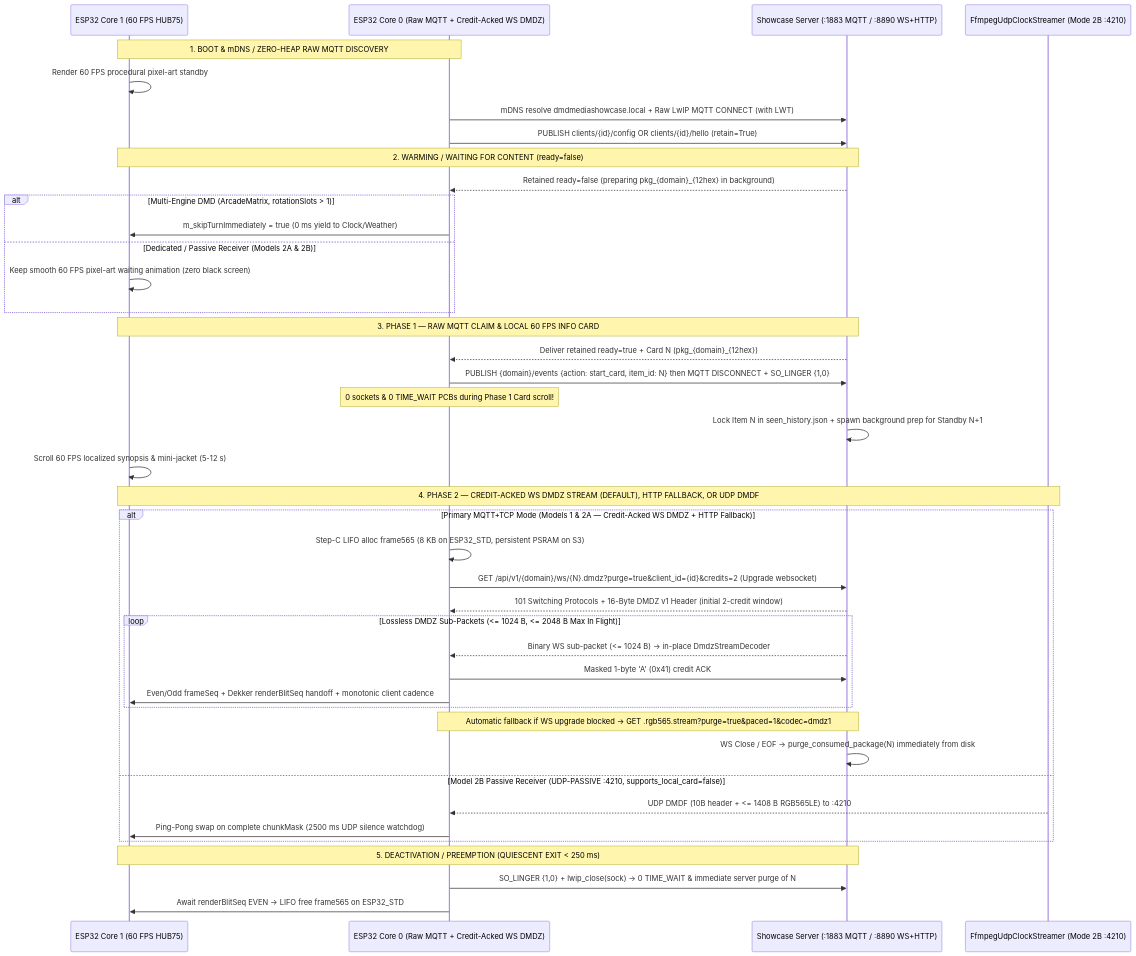
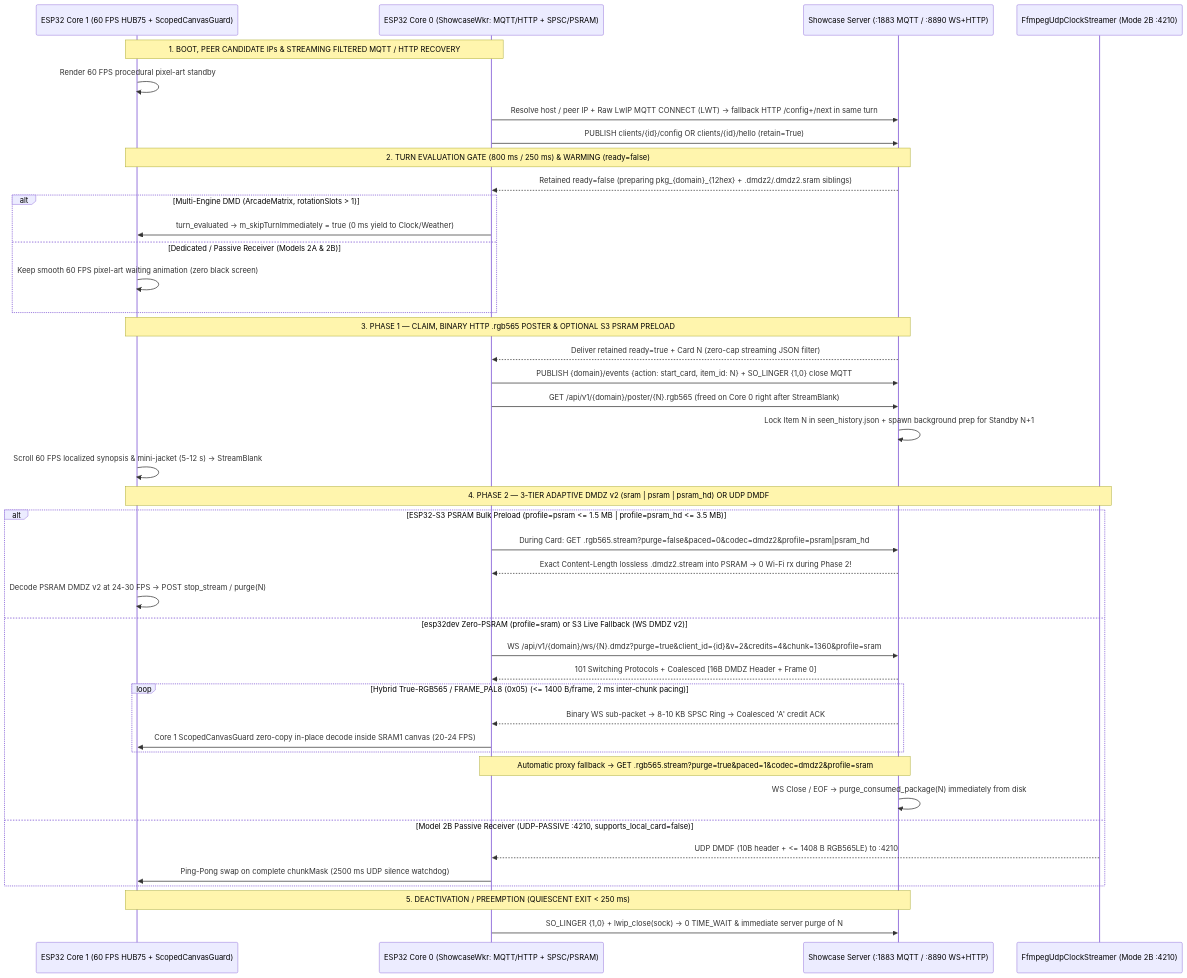
The first of 2 diagrams in docs/ESP32_INTEGRATION.md (red77290/dmd_media_showcase), drawn with Mermaid before and after one commit. The commit also changed other lines of this file and 28 other files, not shown here.

Commit message:
feat(stream): add 3-tier sram/psram/psram_hd profiles, FRAME_PAL8 (0x05) hybrid codec, and WS header coalescing

````diff
--- a/docs/ESP32_INTEGRATION.md
+++ b/docs/ESP32_INTEGRATION.md
@@ -151,48 +155,49 @@
 ```mermaid
 sequenceDiagram
-    participant C1 as ESP32 Core 1 (60 FPS HUB75)
-    participant C0 as ESP32 Core 0 (Raw MQTT + Credit-Acked WS DMDZ)
+    participant C1 as ESP32 Core 1 (60 FPS HUB75 + ScopedCanvasGuard)
+    participant C0 as ESP32 Core 0 (ShowcaseWkr: MQTT/HTTP + SPSC/PSRAM)
     participant SRV as Showcase Server (:1883 MQTT / :8890 WS+HTTP)
     participant UDP as FfmpegUdpClockStreamer (Mode 2B :4210)
 
-    Note over C1,C0: 1. BOOT & mDNS / ZERO-HEAP RAW MQTT DISCOVERY
+    Note over C1,C0: 1. BOOT, PEER CANDIDATE IPs & STREAMING FILTERED MQTT / HTTP RECOVERY
     C1->>C1: Render 60 FPS procedural pixel-art standby
-    C0->>SRV: mDNS resolve dmdmediashowcase.local + Raw LwIP MQTT CONNECT (with LWT)
+    C0->>SRV: Resolve host / peer IP + Raw LwIP MQTT CONNECT (LWT) -> fallback HTTP /config+/next in same turn
     C0->>SRV: PUBLISH clients/{id}/config OR clients/{id}/hello (retain=True)
 
-    Note over C1,SRV: 2. WARMING / WAITING FOR CONTENT (ready=false)
-    SRV-->>C0: Retained ready=false (preparing pkg_{domain}_{12hex} in background)
+    Note over C1,SRV: 2. TURN EVALUATION GATE (800 ms / 250 ms) & WARMING (ready=false)
+    SRV-->>C0: Retained ready=false (preparing pkg_{domain}_{12hex} + .dmdz2/.dmdz2.sram siblings)
     alt Multi-Engine DMD (ArcadeMatrix, rotationSlots > 1)
-        C0->>C1: m_skipTurnImmediately = true (0 ms yield to Clock/Weather)
+        C0->>C1: turn_evaluated -> m_skipTurnImmediately = true (0 ms yield to Clock/Weather)
     else Dedicated / Passive Receiver (Models 2A & 2B)
         C1->>C1: Keep smooth 60 FPS pixel-art waiting animation (zero black screen)
     end
 
-    Note over C1,SRV: 3. PHASE 1 — RAW MQTT CLAIM & LOCAL 60 FPS INFO CARD
-    SRV-->>C0: Deliver retained ready=true + Card N (pkg_{domain}_{12hex})
-    C0->>SRV: PUBLISH {domain}/events {action: start_card, item_id: N} then MQTT DISCONNECT + SO_LINGER {1,0}
-    Note over C0: 0 sockets & 0 TIME_WAIT PCBs during Phase 1 Card scroll!
+    Note over C1,SRV: 3. PHASE 1 — CLAIM, BINARY HTTP .rgb565 POSTER & OPTIONAL S3 PSRAM PRELOAD
+    SRV-->>C0: Deliver retained ready=true + Card N (zero-cap streaming JSON filter)
+    C0->>SRV: PUBLISH {domain}/events {action: start_card, item_id: N} + SO_LINGER {1,0} close MQTT
+    C0->>SRV: GET /api/v1/{domain}/poster/{N}.rgb565 (freed on Core 0 right after StreamBlank)
     SRV->>SRV: Lock Item N in seen_history.json + spawn background prep for Standby N+1
-    C1->>C1: Scroll 60 FPS localized synopsis & mini-jacket (5-12 s)
+    C1->>C1: Scroll 60 FPS localized synopsis & mini-jacket (5-12 s) -> StreamBlank
 
-    Note over C1,UDP: 4. PHASE 2 — CREDIT-ACKED WS DMDZ STREAM (DEFAULT), HTTP FALLBACK, OR UDP DMDF
-    alt Primary MQTT+TCP Mode (Models 1 & 2A — Credit-Acked WS DMDZ + HTTP Fallback)
-        C0->>C0: Step-C LIFO alloc frame565 (8 KB on ESP32_STD, persistent PSRAM on S3)
-        C0->>SRV: GET /api/v1/{domain}/ws/{N}.dmdz?purge=true&client_id={id}&credits=2 (Upgrade websocket)
-        SRV-->>C0: 101 Switching Protocols + 16-Byte DMDZ v1 Header (initial 2-credit window)
-        loop Lossless DMDZ Sub-Packets (<= 1024 B, <= 2048 B Max In Flight)
-            SRV-->>C0: Binary WS sub-packet (<= 1024 B) -> in-place DmdzStreamDecoder
-            C0->>SRV: Masked 1-byte 'A' (0x41) credit ACK
-            C0->>C1: Even/Odd frameSeq + Dekker renderBlitSeq handoff + monotonic client cadence
+    Note over C1,UDP: 4. PHASE 2 — 3-TIER ADAPTIVE DMDZ v2 (sram | psram | psram_hd) OR UDP DMDF
+    alt ESP32-S3 PSRAM Bulk Preload (profile=psram <= 1.5 MB | profile=psram_hd <= 3.5 MB)
+        C0->>SRV: During Card: GET .rgb565.stream?purge=false&paced=0&codec=dmdz2&profile=psram|psram_hd
+        SRV-->>C0: Exact Content-Length lossless .dmdz2.stream into PSRAM -> 0 Wi-Fi rx during Phase 2!
+        C1->>C1: Decode PSRAM DMDZ v2 at 24-30 FPS -> POST stop_stream / purge(N)
+    else esp32dev Zero-PSRAM (profile=sram) or S3 Live Fallback (WS DMDZ v2)
+        C0->>SRV: WS /api/v1/{domain}/ws/{N}.dmdz?purge=true&client_id={id}&v=2&credits=4&chunk=1360&profile=sram
+        SRV-->>C0: 101 Switching Protocols + Coalesced [16B DMDZ Header + Frame 0]
+        loop Hybrid True-RGB565 / FRAME_PAL8 (0x05) (<= 1400 B/frame, 2 ms inter-chunk pacing)
+            SRV-->>C0: Binary WS sub-packet -> 8-10 KB SPSC Ring -> Coalesced 'A' credit ACK
+            C0->>C1: Core 1 ScopedCanvasGuard zero-copy in-place decode inside SRAM1 canvas (20-24 FPS)
         end
-        Note over C0,SRV: Automatic fallback if WS upgrade blocked -> GET .rgb565.stream?purge=true&paced=1&codec=dmdz1
+        Note over C0,SRV: Automatic proxy fallback -> GET .rgb565.stream?purge=true&paced=1&codec=dmdz2&profile=sram
         SRV->>SRV: WS Close / EOF -> purge_consumed_package(N) immediately from disk
     else Model 2B Passive Receiver (UDP-PASSIVE :4210, supports_local_card=false)
         UDP-->>C0: UDP DMDF (10B header + <= 1408 B RGB565LE) to :4210
         C0->>C1: Ping-Pong swap on complete chunkMask (2500 ms UDP silence watchdog)
     end
 
     Note over C1,SRV: 5. DEACTIVATION / PREEMPTION (QUIESCENT EXIT < 250 ms)
     C0->>SRV: SO_LINGER {1,0} + lwip_close(sock) -> 0 TIME_WAIT & immediate server purge of N
-    C0->>C1: Await renderBlitSeq EVEN -> LIFO free frame565 on ESP32_STD
 ```
````
